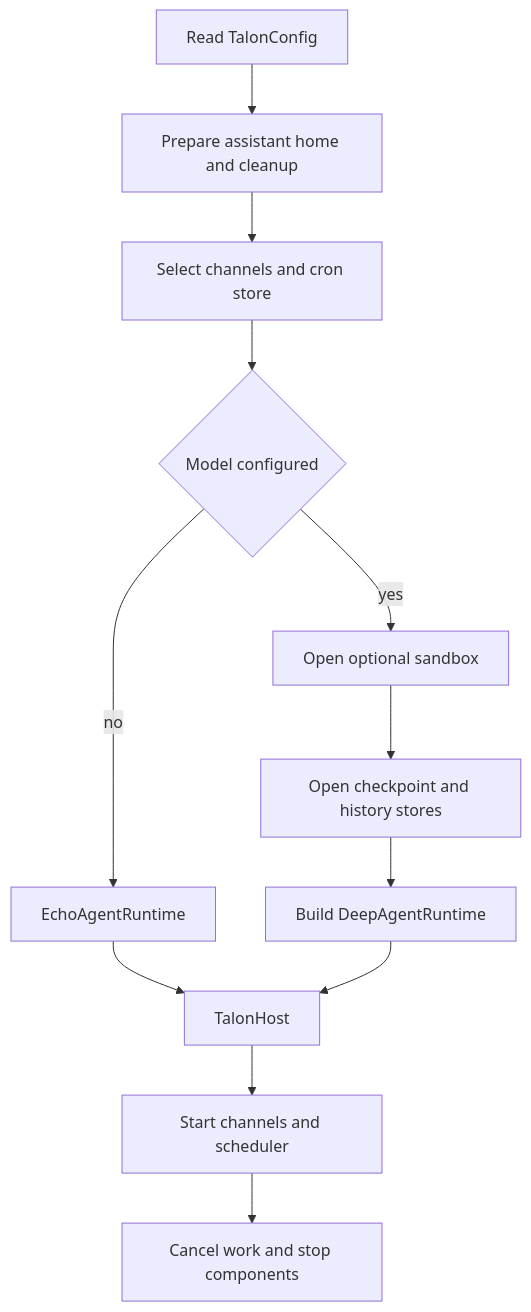
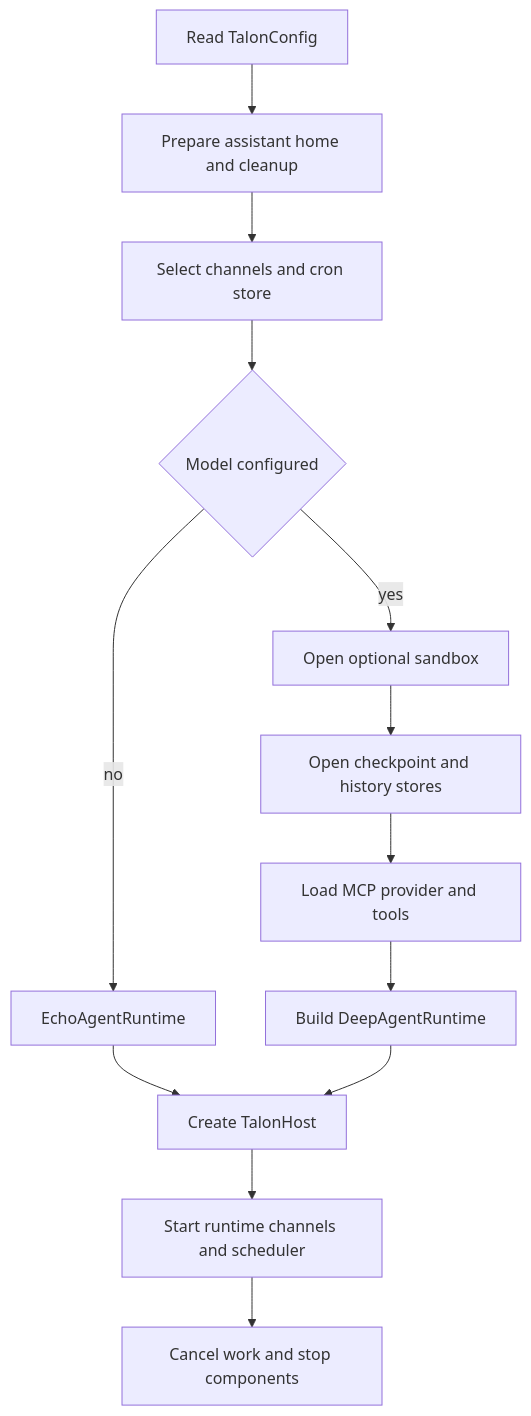
One commit to langchain-ai/deepagents changed the first of 4 diagrams in openwiki/integrations/talon.md. Above: the diagram before and after it, drawn with Mermaid. The commit also changed other lines of this file and 29 other files, not shown here.

````diff
--- a/openwiki/integrations/talon.md
+++ b/openwiki/integrations/talon.md
@@ -70,14 +82,15 @@
 ```mermaid
 flowchart TD
     Config["Read TalonConfig"] --> Home["Prepare assistant home and cleanup"]
-    Home --> Assemble["Select channels and cron store"]
-    Assemble --> Model{"Model configured"}
+    Home --> Channels["Select channels and cron store"]
+    Channels --> Model{"Model configured"}
     Model -- "no" --> Echo["EchoAgentRuntime"]
     Model -- "yes" --> Sandbox["Open optional sandbox"]
     Sandbox --> Stores["Open checkpoint and history stores"]
-    Stores --> Runtime["Build DeepAgentRuntime"]
-    Echo --> Host["TalonHost"]
+    Stores --> MCP["Load MCP provider and tools"]
+    MCP --> Runtime["Build DeepAgentRuntime"]
+    Echo --> Host["Create TalonHost"]
     Runtime --> Host
-    Host --> Components["Start channels and scheduler"]
-    Components --> Stop["Cancel work and stop components"]
+    Host --> Start["Start runtime channels and scheduler"]
+    Start --> Stop["Cancel work and stop components"]
 ```
````
